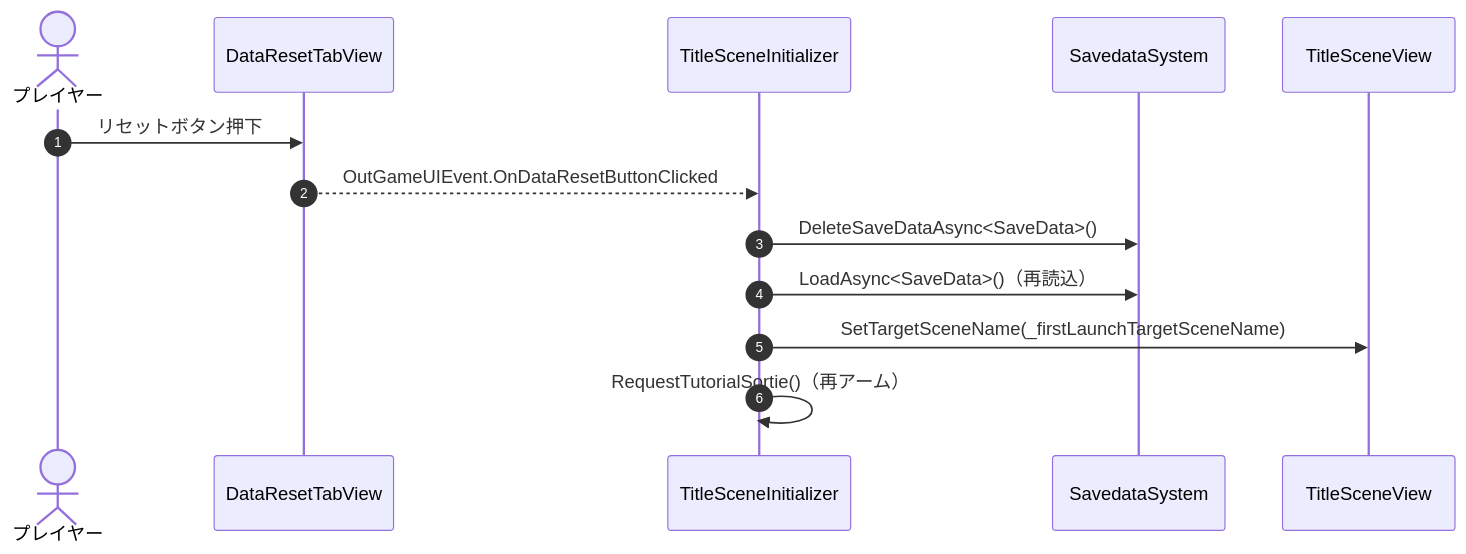
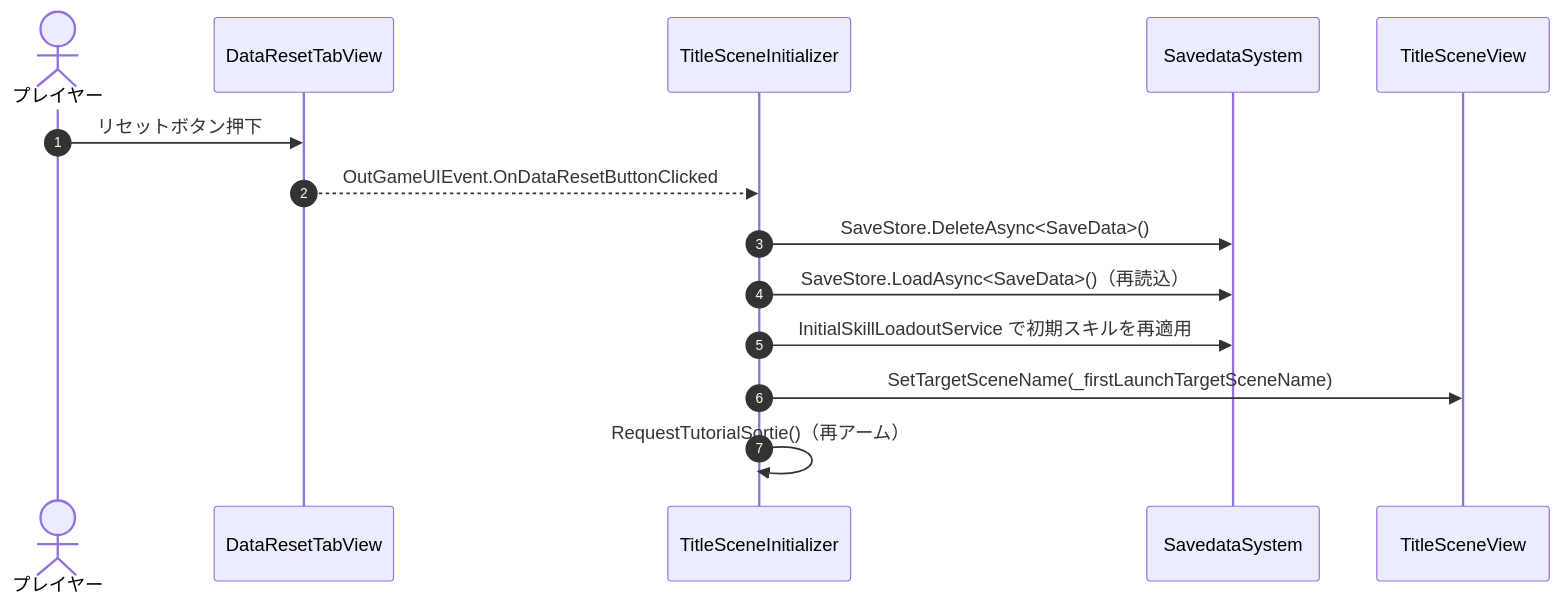
Before and after one commit to HIBIKI5201/SymphonyKillChord: the third of 3 diagrams in Assets/Docs/ScriptsDocs/Modules/NotionModuleDocs/Title.md, drawn with Mermaid. The commit also changed other lines of this file and 6 other files, not shown here.

````diff
--- a/Assets/Docs/ScriptsDocs/Modules/NotionModuleDocs/Title.md
+++ b/Assets/Docs/ScriptsDocs/Modules/NotionModuleDocs/Title.md
@@ -151,16 +154,17 @@
 ```mermaid
 sequenceDiagram
     autonumber
     actor Player as プレイヤー
     participant ResetTab as DataResetTabView
     participant Init as TitleSceneInitializer
     participant Save as SavedataSystem
     participant View as TitleSceneView
 
     Player ->> ResetTab: リセットボタン押下
     ResetTab -->> Init: OutGameUIEvent.OnDataResetButtonClicked
-    Init ->> Save: DeleteSaveDataAsync<SaveData>()
-    Init ->> Save: LoadAsync<SaveData>()（再読込）
+    Init ->> Save: SaveStore.DeleteAsync<SaveData>()
+    Init ->> Save: SaveStore.LoadAsync<SaveData>()（再読込）
+    Init ->> Save: InitialSkillLoadoutService で初期スキルを再適用
     Init ->> View: SetTargetSceneName(_firstLaunchTargetSceneName)
     Init ->> Init: RequestTutorialSortie()（再アーム）
 ```
````
